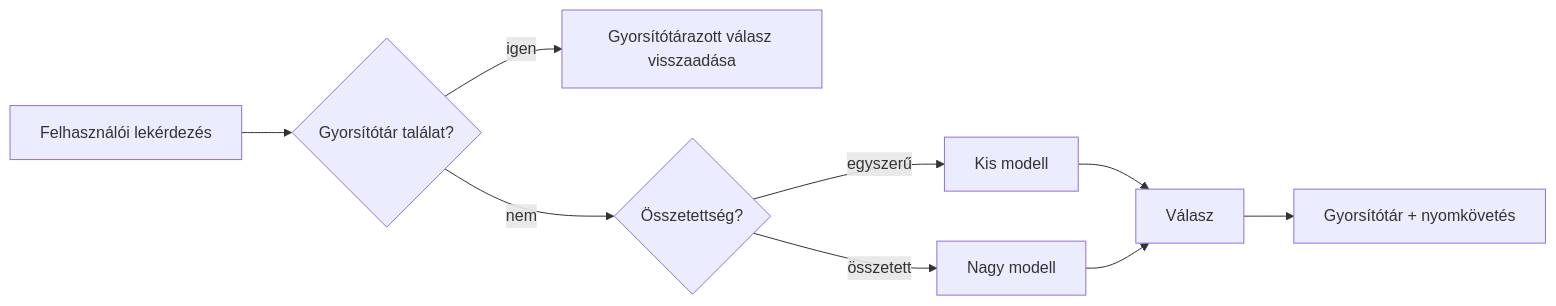
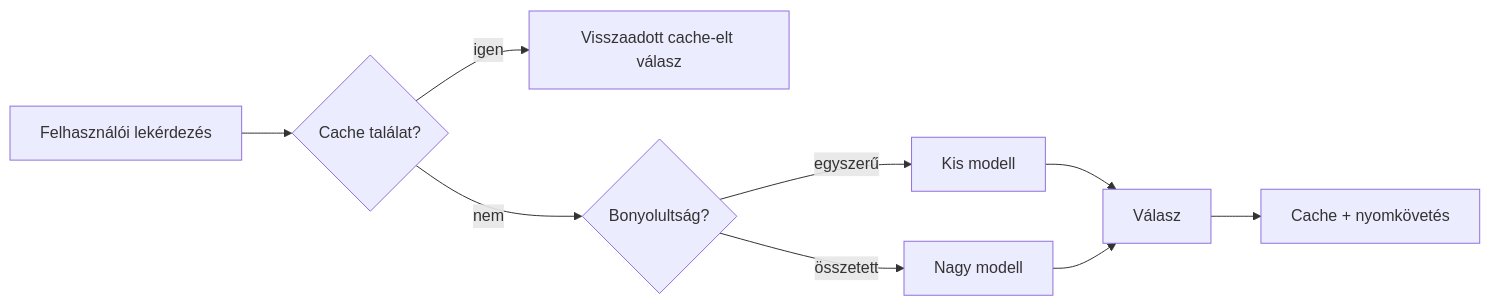
The third of 4 diagrams in translations/hu/16-deploying-scalable-agents/README.md (microsoft/ai-agents-for-beginners), drawn with Mermaid before and after one commit. The commit also changed other lines of this file and 47 other files, not shown here.

````diff
--- a/translations/hu/16-deploying-scalable-agents/README.md
+++ b/translations/hu/16-deploying-scalable-agents/README.md
@@ -134,11 +134,11 @@
 ```mermaid
 flowchart LR
-    Q[Felhasználói lekérdezés] --> C{Gyorsítótár találat?}
-    C -->|igen| R[Gyorsítótárazott válasz visszaadása]
-    C -->|nem| Router{Összetettség?}
+    Q[Felhasználói lekérdezés] --> C{Cache találat?}
+    C -->|igen| R[Visszaadott cache-elt válasz]
+    C -->|nem| Router{Bonyolultság?}
     Router -->|egyszerű| SLM[Kis modell]
     Router -->|összetett| LLM[Nagy modell]
     SLM --> Out[Válasz]
     LLM --> Out
-    Out --> Store[Gyorsítótár + nyomkövetés]
+    Out --> Store[Cache + nyomkövetés]
 ```
````
